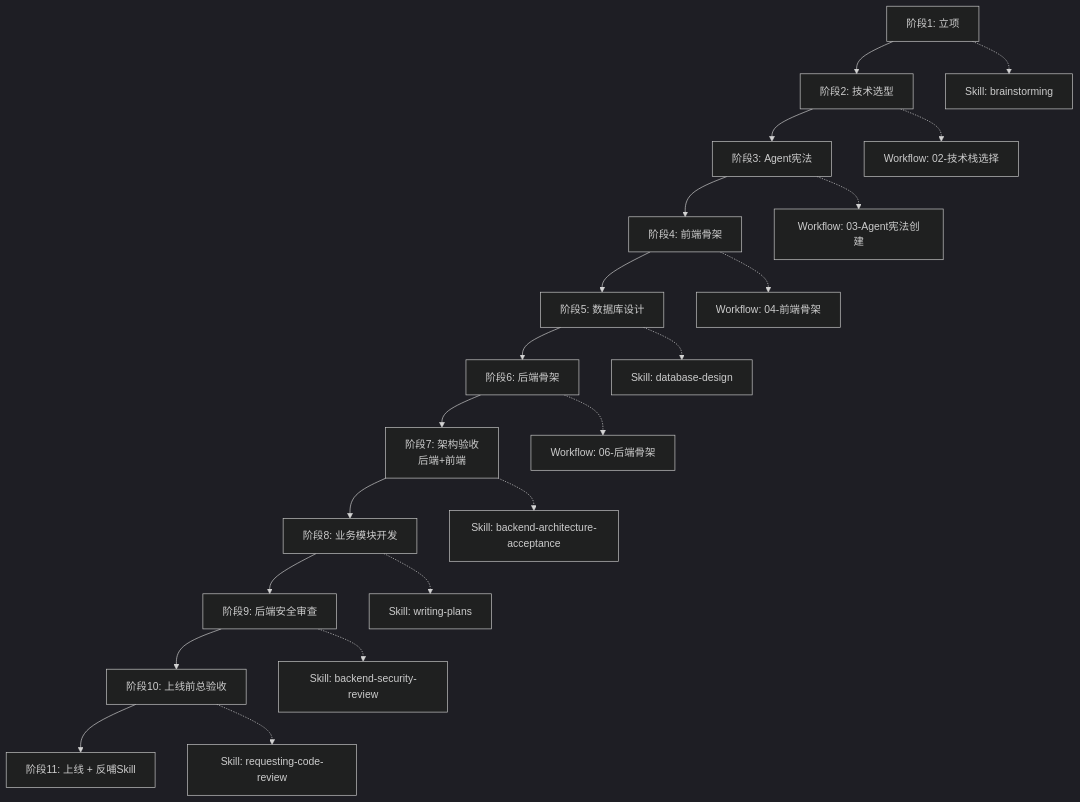
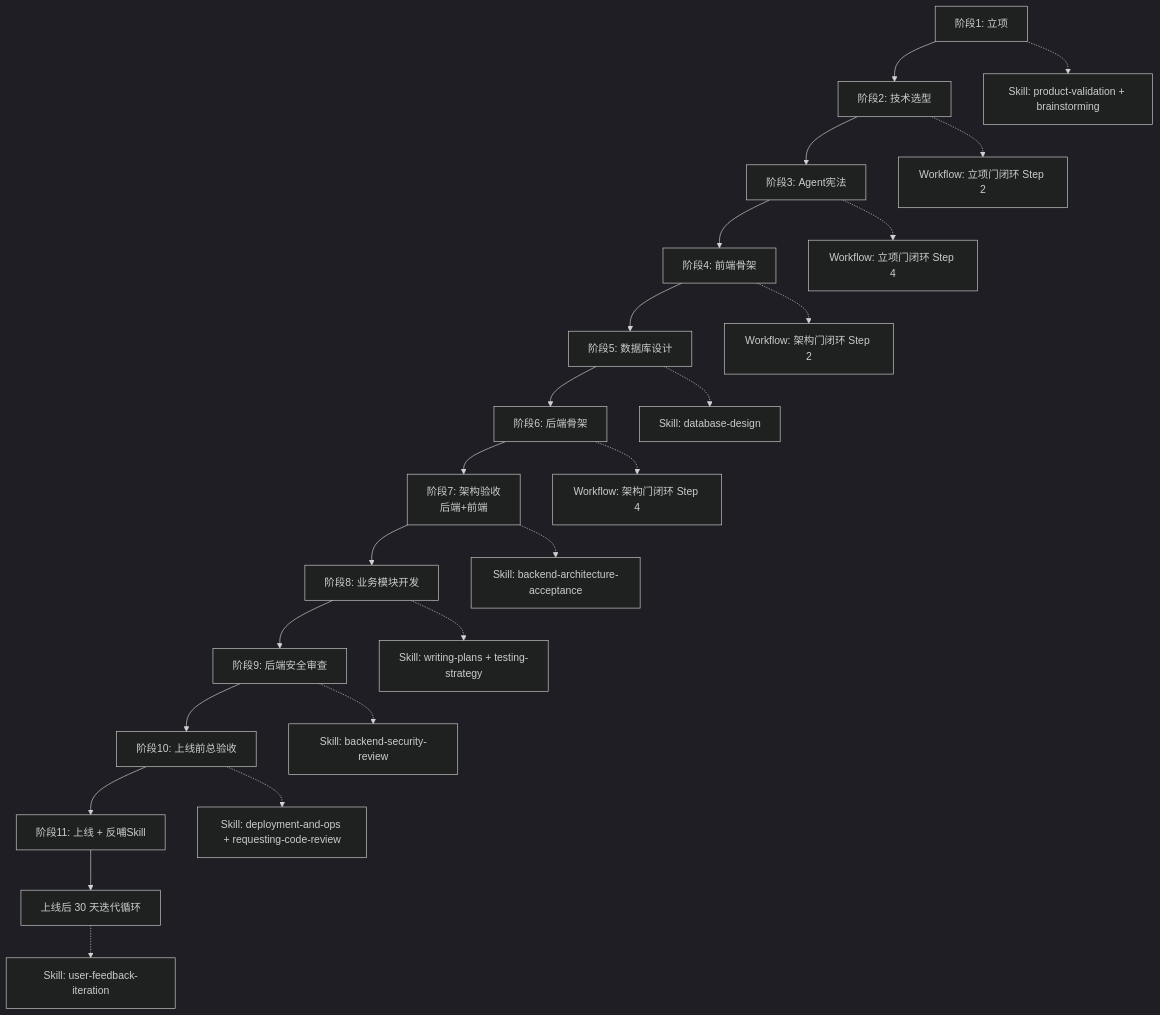
The second of 10 diagrams in docs/项目可视化流程手册.md (GassamFlower/vibe_coding_KnowledgeBase-), drawn with Mermaid (dark theme) before and after one commit. The commit also changed other lines of this file and 74 other files, not shown here.

````diff
--- a/docs/项目可视化流程手册.md
+++ b/docs/项目可视化流程手册.md
@@ -55,24 +55,26 @@
 ```mermaid
 flowchart TD
     A[阶段1: 立项] --> B[阶段2: 技术选型]
     B --> C[阶段3: Agent宪法]
     C --> D[阶段4: 前端骨架]
     D --> E[阶段5: 数据库设计]
     E --> F[阶段6: 后端骨架]
     F --> G[阶段7: 架构验收<br/>后端+前端]
     G --> H[阶段8: 业务模块开发]
     H --> I[阶段9: 后端安全审查]
     I --> J[阶段10: 上线前总验收]
     J --> K[阶段11: 上线 + 反哺Skill]
+    K --> L[上线后 30 天迭代循环]
 
-    A -.-> A1[Skill: brainstorming]
-    B -.-> B1[Workflow: 02-技术栈选择]
-    C -.-> C1[Workflow: 03-Agent宪法创建]
-    D -.-> D1[Workflow: 04-前端骨架]
+    A -.-> A1[Skill: product-validation + brainstorming]
+    B -.-> B1[Workflow: 立项门闭环 Step 2]
+    C -.-> C1[Workflow: 立项门闭环 Step 4]
+    D -.-> D1[Workflow: 架构门闭环 Step 2]
     E -.-> E1[Skill: database-design]
-    F -.-> F1[Workflow: 06-后端骨架]
+    F -.-> F1[Workflow: 架构门闭环 Step 4]
     G -.-> G1[Skill: backend-architecture-acceptance]
-    H -.-> H1[Skill: writing-plans]
+    H -.-> H1[Skill: writing-plans + testing-strategy]
     I -.-> I1[Skill: backend-security-review]
-    J -.-> J1[Skill: requesting-code-review]
+    J -.-> J1[Skill: deployment-and-ops + requesting-code-review]
+    L -.-> L1[Skill: user-feedback-iteration]
 ```
````
